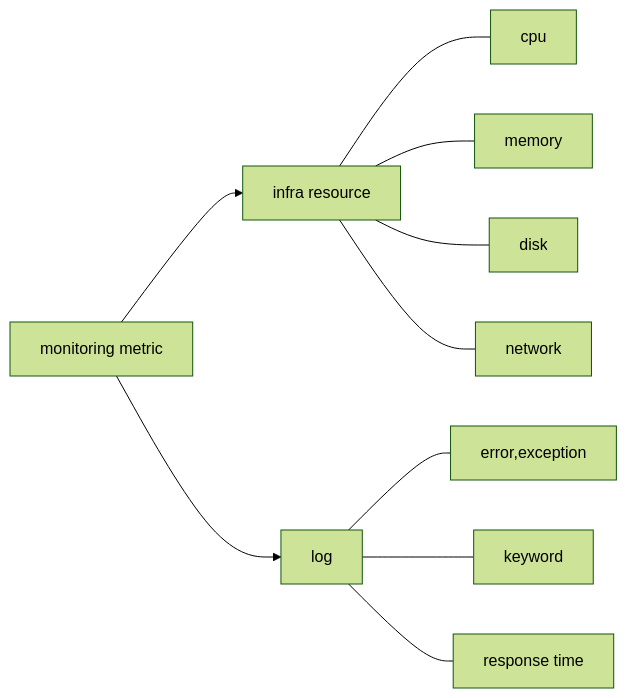
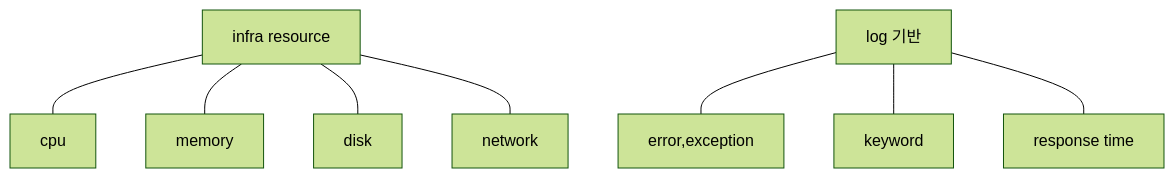
The diagram in report.md (kimutae1/payhere-report), drawn with Mermaid (forest theme) before and after one commit. The commit also changed other lines of this file and 2 other files, not shown here.

````diff
--- a/report.md
+++ b/report.md
@@ -89,12 +90,12 @@
 ```mermaid
-graph LR
- m[monitoring metric] --> i[infra resource] 
+graph TD
+ i[infra resource] 
  i[infra resource]  --- cpu
  i[infra resource]  --- memory
  i[infra resource]  --- disk
  i[infra resource]  --- network
- m[monitoring metric] --> l[log]
+ l[log 기반]
  l --- error,exception
  l --- keyword
  l --- r[response time]
 ``` 
````
